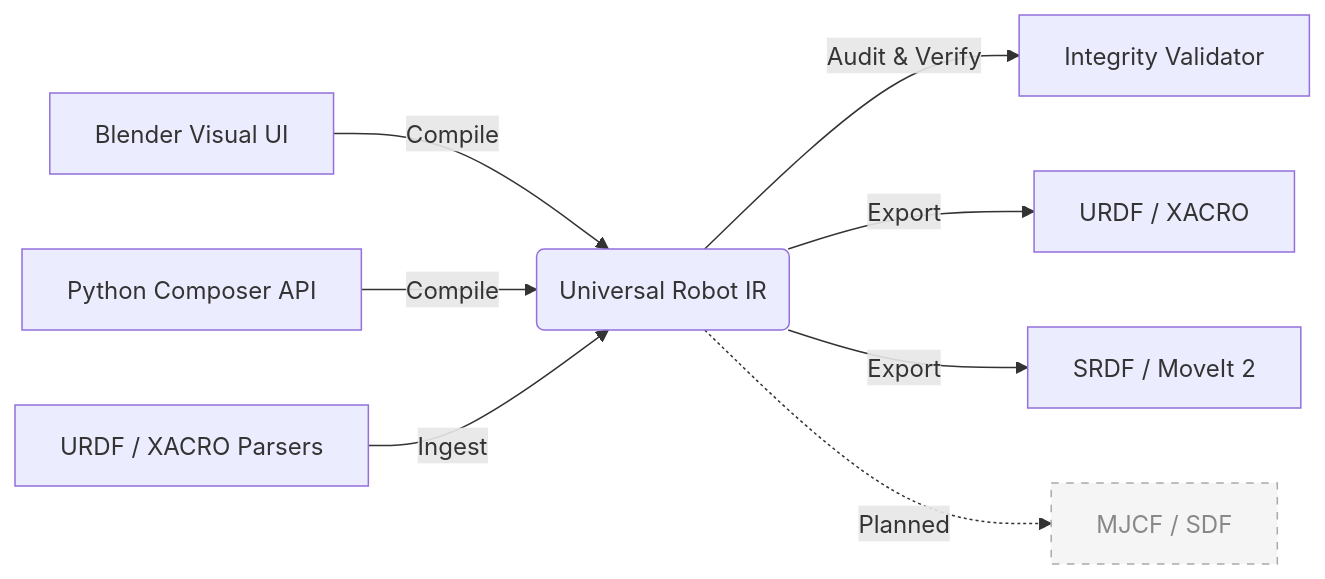
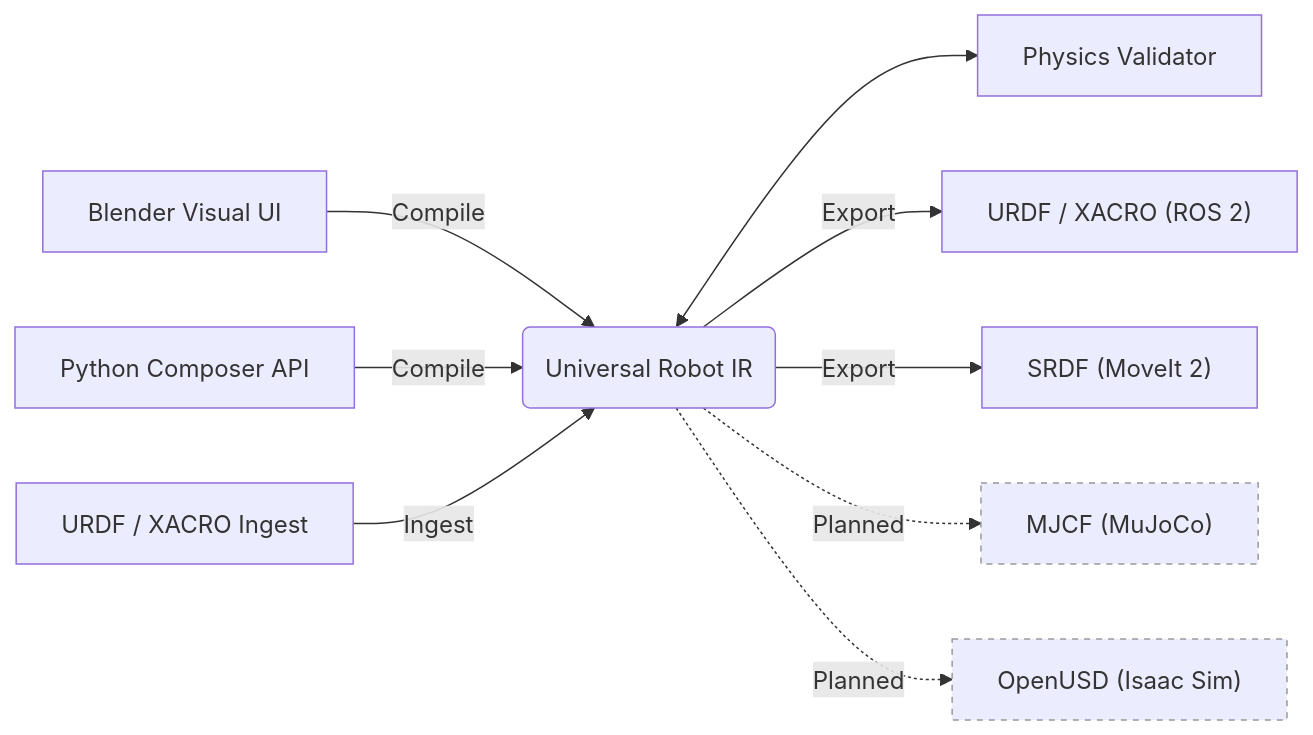
Before and after one commit to arounamounchili/linkforge: the diagram in docs/source/index.md, drawn with Mermaid. The commit also changed other lines of this file and 54 other files, not shown here.

````diff
--- a/docs/source/index.md
+++ b/docs/source/index.md
@@ -9,14 +9,16 @@
 ```{mermaid}
 graph LR
     UI["Blender Visual UI"] -->|Compile| IR("Universal Robot IR")
     API["Python Composer API"] -->|Compile| IR
-    CAD["URDF / XACRO Parsers"] -->|Ingest| IR
+    CAD["URDF / XACRO Ingest"] -->|Ingest| IR
 
-    IR -->|Audit & Verify| Val["Integrity Validator"]
+    IR <--> Val["Physics Validator"]
 
-    IR -->|Export| URDF["URDF / XACRO"]
-    IR -->|Export| SRDF["SRDF / MoveIt 2"]
-    IR -.->|Planned| Future["MJCF / SDF"]
+    IR -->|Export| URDF["URDF / XACRO (ROS 2)"]
+    IR -->|Export| SRDF["SRDF (MoveIt 2)"]
+    IR -.->|Planned| MJCF["MJCF (MuJoCo)"]
+    IR -.->|Planned| USD["OpenUSD (Isaac Sim)"]
 
-    style Future fill:#f5f5f5,stroke:#aaa,stroke-dasharray:5,color:#888
+    style MJCF stroke-dasharray: 4,stroke:#999
+    style USD stroke-dasharray: 4,stroke:#999
 ```
````
